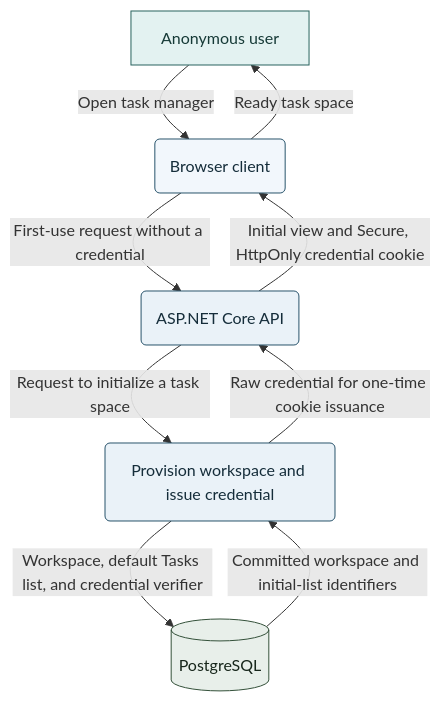
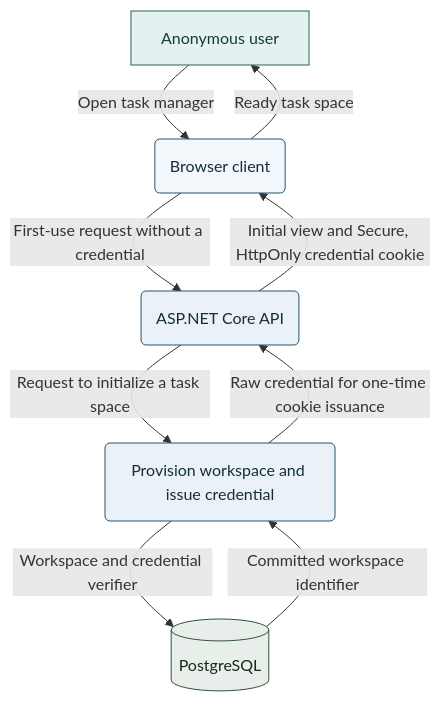
One commit to j0hnnymiller/20261109-aiasd-green changed the second of 3 diagrams in task-manager-architecture.md. Above: the diagram before and after it, drawn with Mermaid. The commit also changed other lines of this file and 7 other files, not shown here.

First line of the commit message:
Update task-manager documentation and architecture specifications

````diff
--- a/task-manager-architecture.md
+++ b/task-manager-architecture.md
@@ -116,27 +126,27 @@
 ```mermaid
 flowchart TB
   User[Anonymous user]:::external
   UI("Browser client"):::client
   API("ASP.NET Core API"):::process
   Provision("Provision workspace and issue credential"):::process
   DB[(PostgreSQL)]:::store
 
   User -->|Open task manager| UI
   UI -->|First-use request without a credential| API
   API -->|Request to initialize a task space| Provision
-  Provision -->|Workspace, default Tasks list, and credential verifier| DB
-  DB -->|Committed workspace and initial-list identifiers| Provision
+  Provision -->|Workspace and credential verifier| DB
+  DB -->|Committed workspace identifier| Provision
   Provision -->|Raw credential for one-time cookie issuance| API
   API -->|Initial view and Secure, HttpOnly credential cookie| UI
   UI -->|Ready task space| User
 
   classDef external fill:#E3F2F1,stroke:#28635E,color:#163A37
   classDef client fill:#F2F7FC,stroke:#28536B,color:#152D3A
   classDef process fill:#EAF2F8,stroke:#28536B,color:#152D3A
   classDef store fill:#E8EFEA,stroke:#34513A,color:#17261B
 
   class User external
   class UI client
   class API,Provision process
   class DB store
 ```
````
